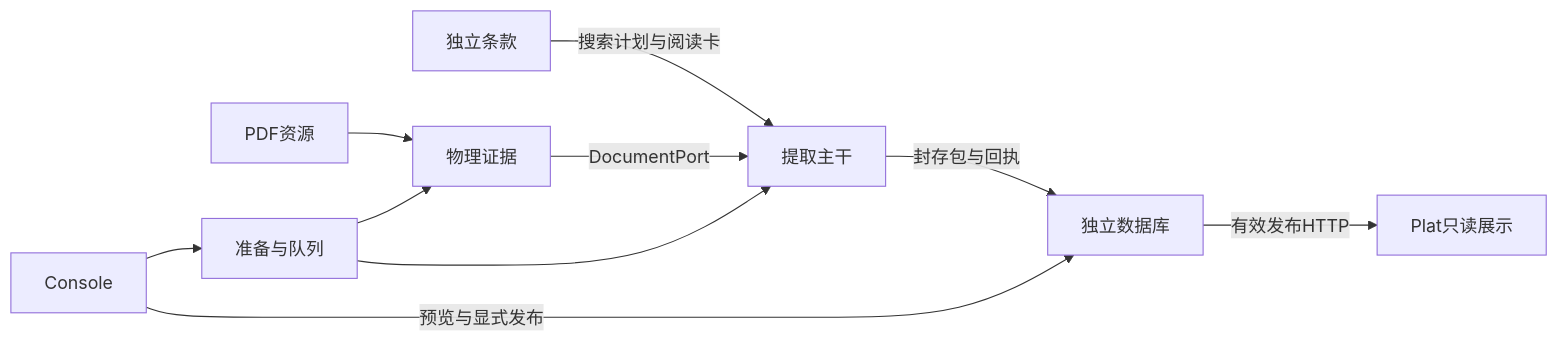
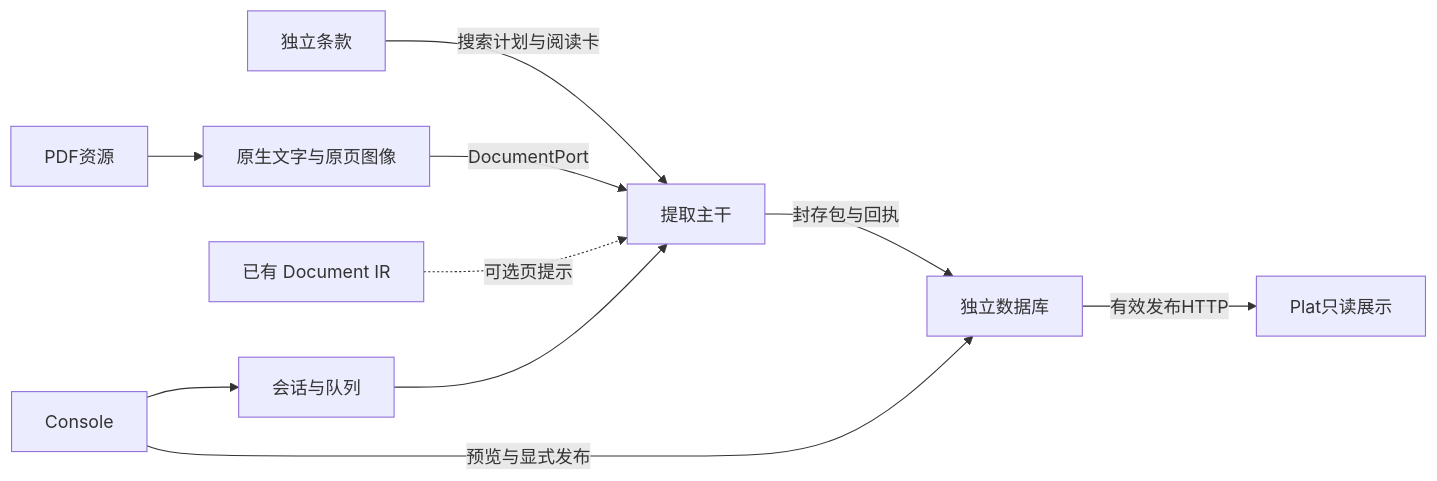
One commit to ChoneyChen/ESG_DATA_PLATFORM changed the diagram in docs/02-architecture.md. Above: the diagram before and after it, drawn with Mermaid. The commit also changed other lines of this file and 65 other files, not shown here.

````diff
--- a/docs/02-architecture.md
+++ b/docs/02-architecture.md
@@ -5,12 +5,12 @@
 ```mermaid
 flowchart LR
  C[独立条款] -->|搜索计划与阅读卡| E[提取主干]
- R[PDF资源] --> D[物理证据]
+ R[PDF资源] --> D[原生文字与原页图像]
  D -->|DocumentPort| E
- U[Console] --> O[准备与队列]
- O --> D
+ IR[已有 Document IR] -.->|可选页提示| E
+ U[Console] --> O[会话与队列]
  O --> E
  E -->|封存包与回执| B[独立数据库]
  U -->|预览与显式发布| B
  B -->|有效发布HTTP| P[Plat只读展示]
 ```
````
